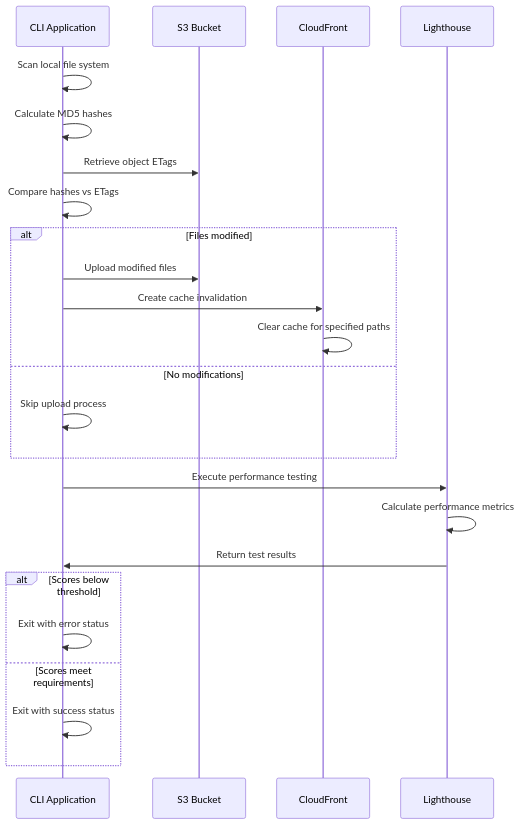
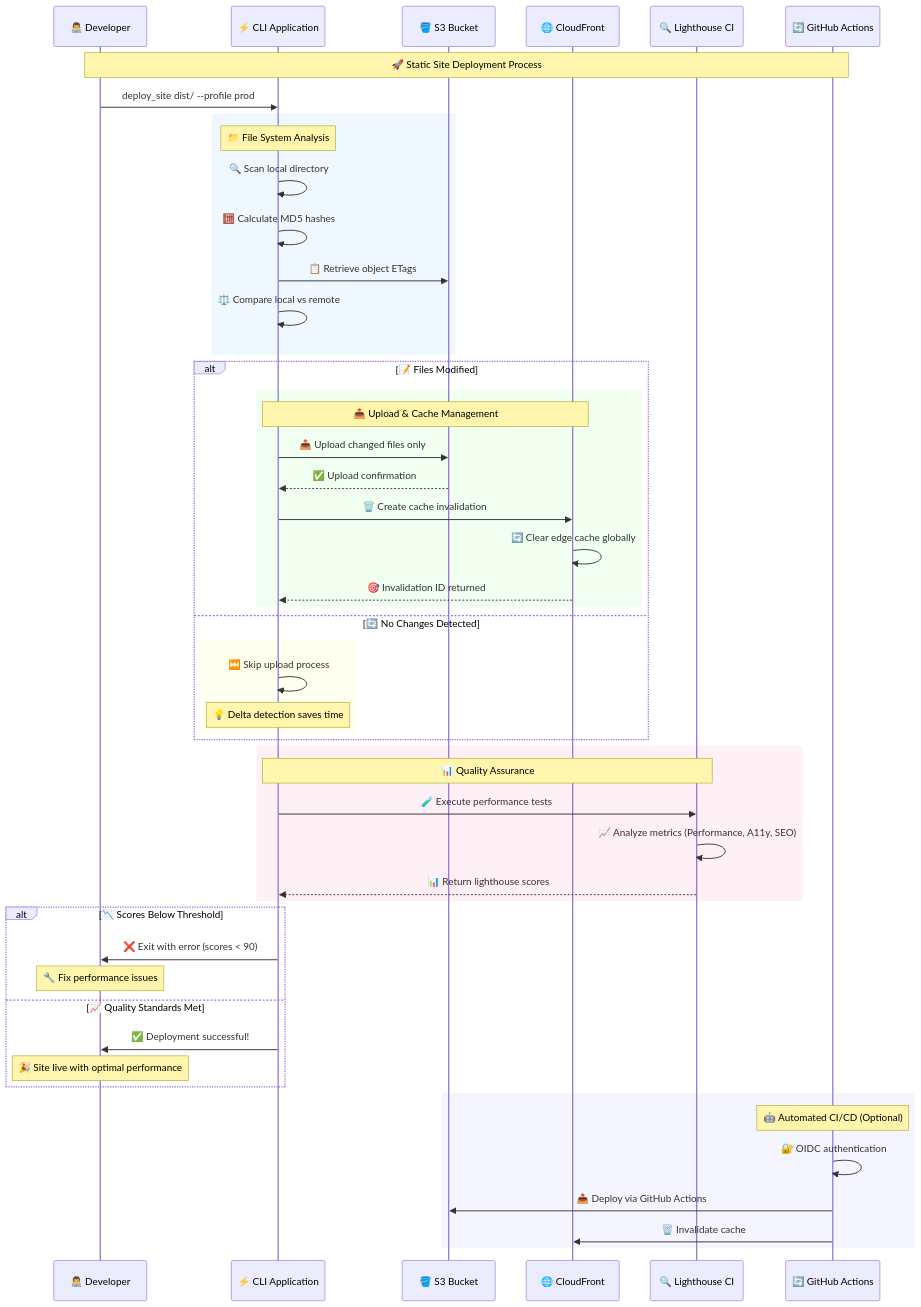
Before and after one commit to RyanPatty/DevOps: the third of 7 diagrams in README.md, drawn with Mermaid. The commit also changed other lines of this file and 2 other files, not shown here.

````diff
--- a/README.md
+++ b/README.md
@@ -207,30 +274,59 @@
 ```mermaid
 sequenceDiagram
-    participant CLI as CLI Application
-    participant S3 as S3 Bucket
-    participant CF as CloudFront
-    participant LH as Lighthouse
+    participant DEV as 👨‍💻 Developer
+    participant CLI as ⚡ CLI Application
+    participant S3 as 🪣 S3 Bucket
+    participant CF as 🌐 CloudFront
+    participant LH as 🔍 Lighthouse CI
+    participant GH as 🔄 GitHub Actions
     
-    CLI->>CLI: Scan local file system
-    CLI->>CLI: Calculate MD5 hashes
-    CLI->>S3: Retrieve object ETags
-    CLI->>CLI: Compare hashes vs ETags
+    Note over DEV,GH: 🚀 Static Site Deployment Process
     
-    alt Files modified
-        CLI->>S3: Upload modified files
-        CLI->>CF: Create cache invalidation
-        CF->>CF: Clear cache for specified paths
-    else No modifications
-        CLI->>CLI: Skip upload process
+    DEV->>CLI: deploy_site dist/ --profile prod
+    
+    rect rgb(240, 248, 255)
+        Note over CLI: 📁 File System Analysis
+        CLI->>CLI: 🔍 Scan local directory
+        CLI->>CLI: 🧮 Calculate MD5 hashes
+        CLI->>S3: 📋 Retrieve object ETags
+        CLI->>CLI: ⚖️ Compare local vs remote
     end
     
-    CLI->>LH: Execute performance testing
-    LH->>LH: Calculate performance metrics
-    LH->>CLI: Return test results
+    alt 📝 Files Modified
+        rect rgb(240, 255, 240)
+            Note over CLI,CF: 📤 Upload & Cache Management
+            CLI->>S3: 📤 Upload changed files only
+            S3-->>CLI: ✅ Upload confirmation
+            CLI->>CF: 🗑️ Create cache invalidation
+            CF->>CF: 🔄 Clear edge cache globally
+            CF-->>CLI: 🎯 Invalidation ID returned
+        end
+    else 🔄 No Changes Detected
+        rect rgb(255, 255, 240)
+            CLI->>CLI: ⏭️ Skip upload process
+            Note over CLI: 💡 Delta detection saves time
+        end
+    end
     
-    alt Scores below threshold
-        CLI->>CLI: Exit with error status
-    else Scores meet requirements
-        CLI->>CLI: Exit with success status
+    rect rgb(255, 240, 245)
+        Note over CLI,LH: 📊 Quality Assurance
+        CLI->>LH: 🧪 Execute performance tests
+        LH->>LH: 📈 Analyze metrics (Performance, A11y, SEO)
+        LH-->>CLI: 📊 Return lighthouse scores
+    end
+    
+    alt 📉 Scores Below Threshold
+        CLI->>DEV: ❌ Exit with error (scores < 90)
+        Note over DEV: 🔧 Fix performance issues
+    else 📈 Quality Standards Met
+        CLI->>DEV: ✅ Deployment successful!
+        Note over DEV: 🎉 Site live with optimal performance
+    end
+    
+    rect rgb(245, 245, 255)
+        Note over GH: 🤖 Automated CI/CD (Optional)
+        GH->>GH: 🔐 OIDC authentication
+        GH->>S3: 📤 Deploy via GitHub Actions
+        GH->>CF: 🗑️ Invalidate cache
     end
 ```
````
